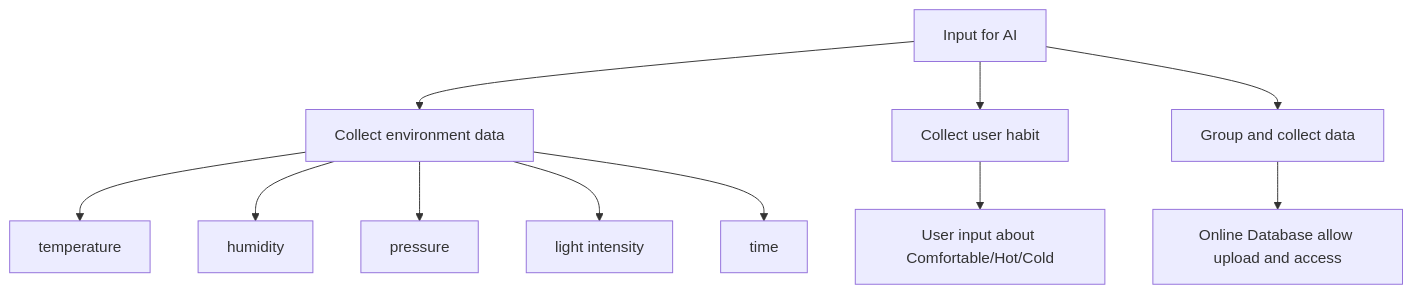
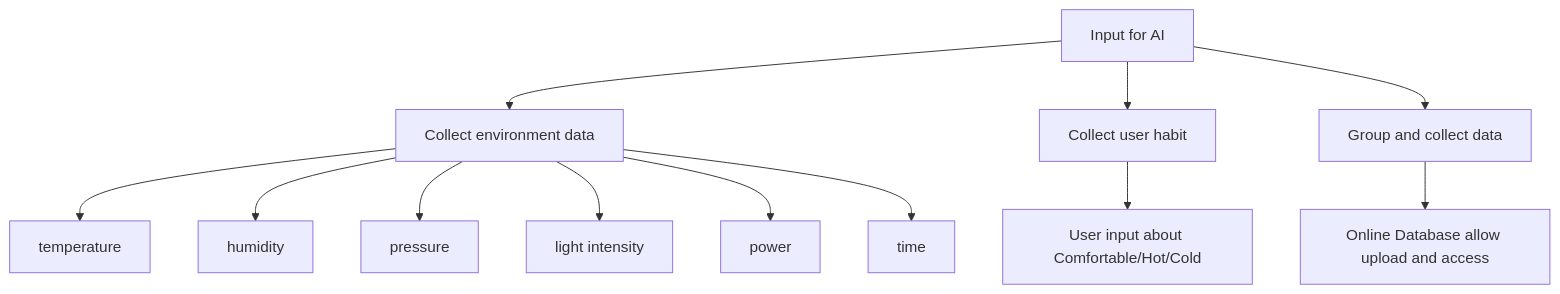
The second of 5 diagrams in README.md (eddylau328/fyp-artificial-intelligence-ac-control-device), drawn with Mermaid before and after one commit.

````diff
--- a/README.md
+++ b/README.md
@@ -26,16 +26,17 @@
 ```mermaid
 graph TD;
     c1["Input for AI"]-->d1["Collect environment data"];
     c1-->d2["Collect user habit"];
     c1-->d3["Group and collect data"];
     
     d1-->e1["temperature"]
     d1-->e2["humidity"]
     d1-->e3["pressure"]
     d1-->e4["light intensity"]
-    d1-->e5["time"]
+    d1-->e5["power"]
+    d1-->e6["time"]
     
-    d2-->e6["User input about Comfortable/Hot/Cold"]
+    d2-->e7["User input about Comfortable/Hot/Cold"]
     
-    d3-->e7["Online Database allow upload and access"]
+    d3-->e8["Online Database allow upload and access"]
 ```
````
